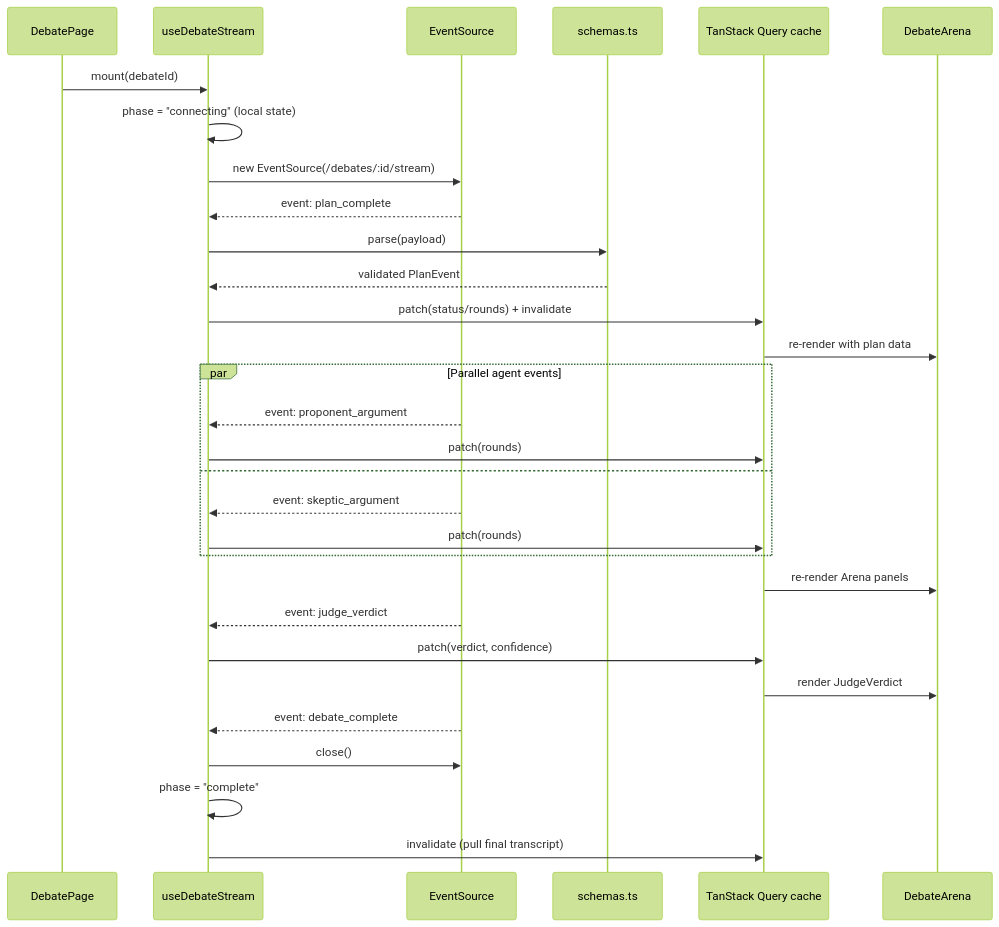
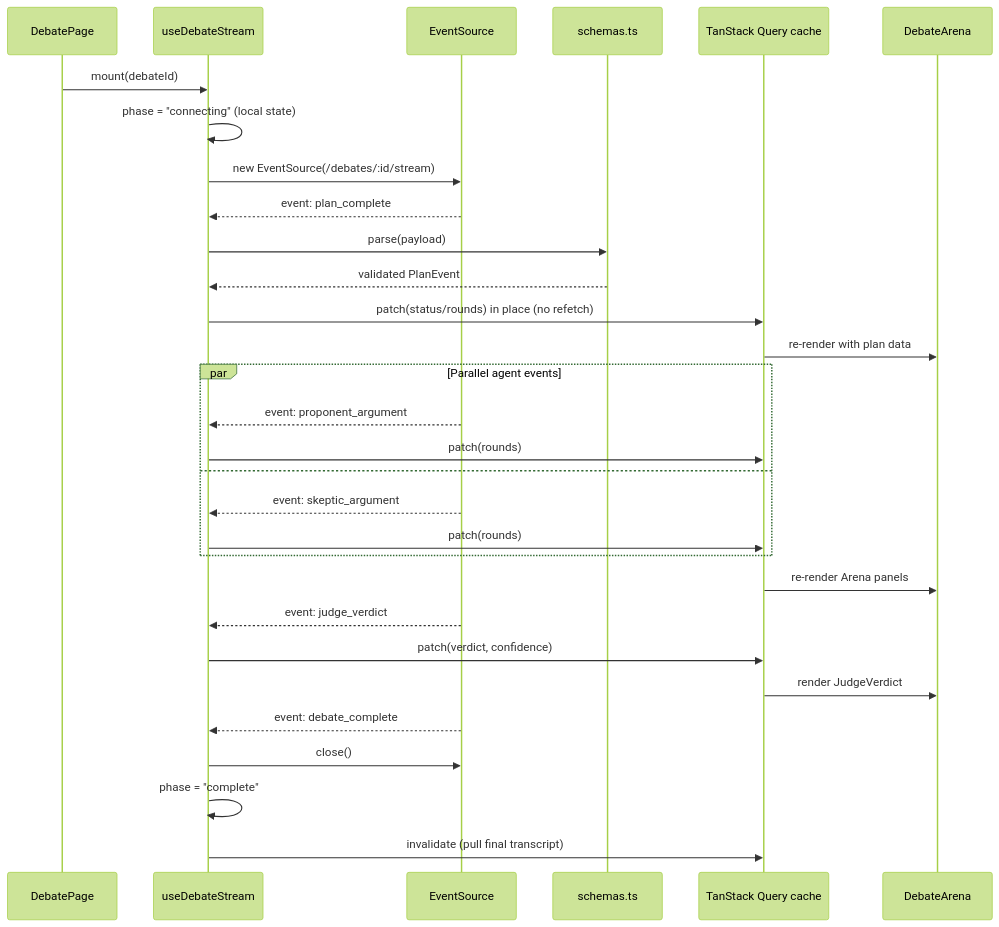
Before and after one commit to Abdul-Muizz1310/paper-trail-frontend: the third of 3 diagrams in docs/ARCHITECTURE.md, drawn with Mermaid (forest theme). The commit also changed other lines of this file and 4 other files, not shown here.

````diff
--- a/docs/ARCHITECTURE.md
+++ b/docs/ARCHITECTURE.md
@@ -65,37 +65,37 @@
 ```mermaid
 sequenceDiagram
     participant Page as DebatePage
     participant Hook as useDebateStream
     participant ES as EventSource
     participant Zod as schemas.ts
     participant Cache as TanStack Query cache
     participant UI as DebateArena
 
     Page->>Hook: mount(debateId)
     Hook->>Hook: phase = "connecting" (local state)
     Hook->>ES: new EventSource(/debates/:id/stream)
 
     ES-->>Hook: event: plan_complete
     Hook->>Zod: parse(payload)
     Zod-->>Hook: validated PlanEvent
-    Hook->>Cache: patch(status/rounds) + invalidate
+    Hook->>Cache: patch(status/rounds) in place (no refetch)
     Cache->>UI: re-render with plan data
 
     par Parallel agent events
         ES-->>Hook: event: proponent_argument
         Hook->>Cache: patch(rounds)
     and
         ES-->>Hook: event: skeptic_argument
         Hook->>Cache: patch(rounds)
     end
     Cache->>UI: re-render Arena panels
 
     ES-->>Hook: event: judge_verdict
     Hook->>Cache: patch(verdict, confidence)
     Cache->>UI: render JudgeVerdict
 
     ES-->>Hook: event: debate_complete
     Hook->>ES: close()
     Hook->>Hook: phase = "complete"
     Hook->>Cache: invalidate (pull final transcript)
 ```
````
